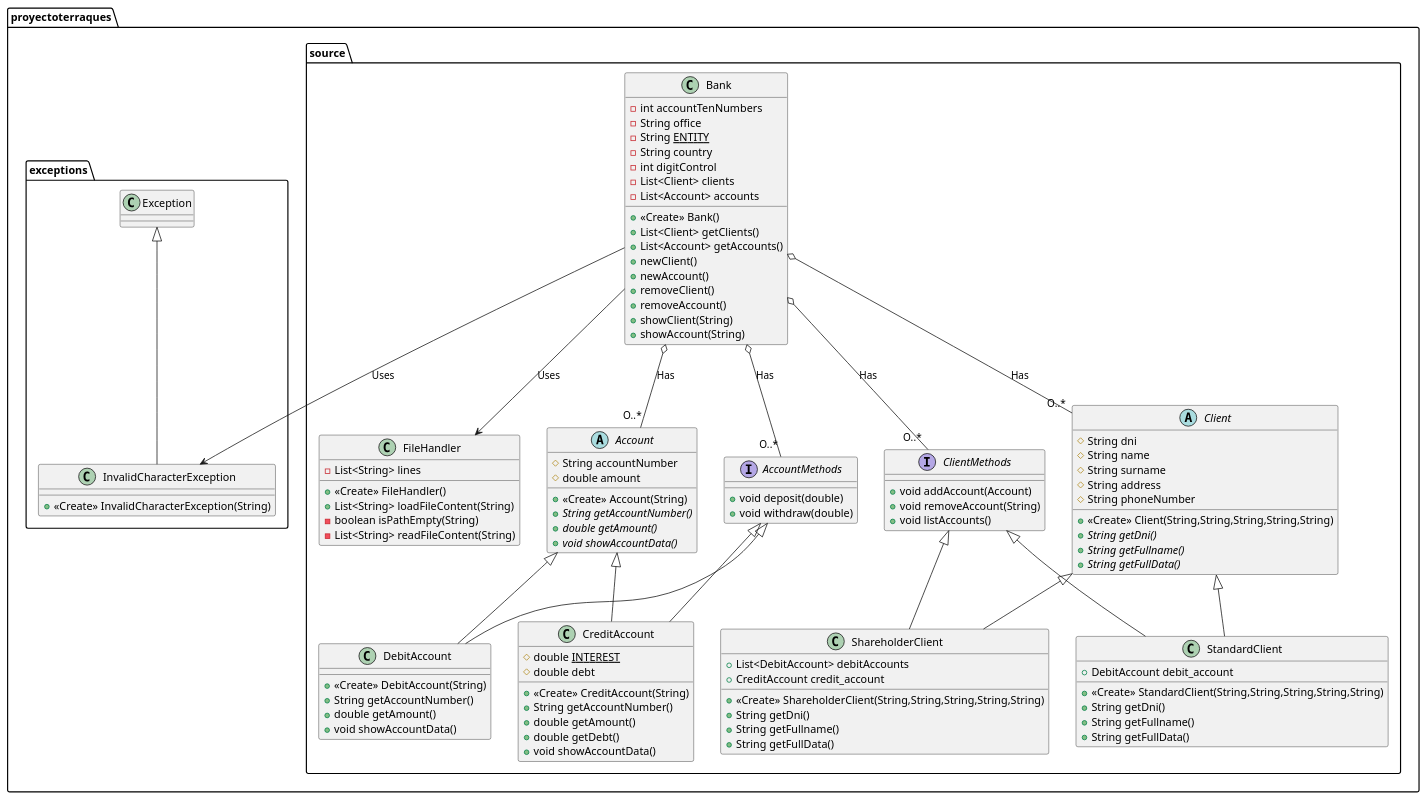
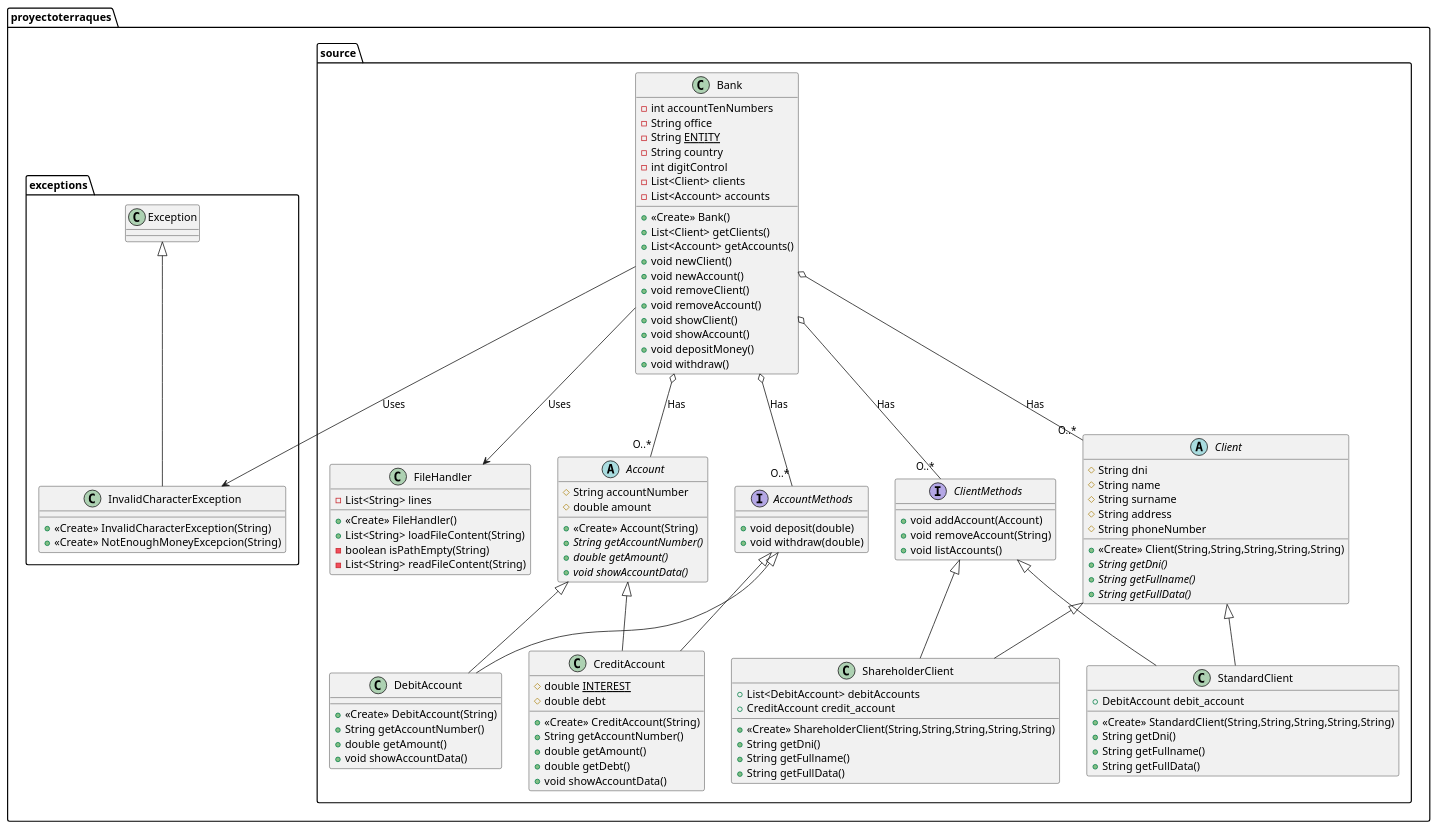
Before and after one commit to EduLostal/awesome-projects-prograii: the diagram in proyectoTerraques/src/proyectoterraques/docs/diagram.puml, drawn with PlantUML. The commit also changed 34 other files, not shown here.

Commit message:
Cambiando nombre accountMethods y clientMethods, creando excepcion notEnoughMoney

```diff
--- a/proyectoTerraques/src/proyectoterraques/docs/diagram.puml
+++ b/proyectoTerraques/src/proyectoterraques/docs/diagram.puml
@@ -1,130 +1,136 @@
 @startuml
 
 
 class proyectoterraques.source.Bank {
 - int accountTenNumbers
 - String office
 - String <u>ENTITY</u>
 - String country
 - int digitControl
 - List<Client> clients
 - List<Account> accounts
 + <<Create>> Bank()
 + List<Client> getClients()
 + List<Account> getAccounts()
-+ newClient()
-+ newAccount()
-+ removeClient()
-+ removeAccount()
-+ showClient(String)
-+ showAccount(String)
++ void newClient()
++ void newAccount()
++ void removeClient()
++ void removeAccount()
++ void showClient()
++ void showAccount()
++ void depositMoney()
++ void withdraw()
 
 }
 
 abstract class proyectoterraques.source.Client {
 # String dni
 # String name
 # String surname
 # String address
 # String phoneNumber
 + <<Create>> Client(String,String,String,String,String)
 + {abstract}String getDni()
 + {abstract}String getFullname()
 + {abstract}String getFullData()
 }
 
 class proyectoterraques.source.ShareholderClient {
 + <<Create>> ShareholderClient(String,String,String,String,String)
 + String getDni()
 + String getFullname()
 + String getFullData()
 + List<DebitAccount> debitAccounts
 + CreditAccount credit_account
 }
 
 class proyectoterraques.source.StandardClient {
 + <<Create>> StandardClient(String,String,String,String,String)
 + String getDni()
 + String getFullname()
 + String getFullData()
 + DebitAccount debit_account
 }
 
 abstract class proyectoterraques.source.Account {
 #  String accountNumber
 #  double amount
 + <<Create>> Account(String)
 + {abstract} String getAccountNumber()
 + {abstract} double getAmount()
 + {abstract} void showAccountData()
 
 }
 
 interface proyectoterraques.source.AccountMethods {
 + void deposit(double)
 + void withdraw(double)
 
 
 }
 
 interface proyectoterraques.source.ClientMethods {
 +void addAccount(Account)
 +void removeAccount(String)
 +void listAccounts()
 
 }
 
 class proyectoterraques.source.DebitAccount {
 + <<Create>> DebitAccount(String)
 + String getAccountNumber()
 + double getAmount()
 + void showAccountData()
 
 
 }
 
 class proyectoterraques.source.CreditAccount {
 # double <u>INTEREST</u>
 # double debt
 + <<Create>> CreditAccount(String)
 + String getAccountNumber()
 + double getAmount()
 + double getDebt()
 + void showAccountData()
 
 
 }
 
 class proyectoterraques.source.FileHandler {
 - List<String> lines
 + <<Create>> FileHandler()
 + List<String> loadFileContent(String)
 - boolean isPathEmpty(String)
 - List<String> readFileContent(String)
 }
 
 class proyectoterraques.exceptions.Exception{
 
 }
 
+
+
 class proyectoterraques.exceptions.InvalidCharacterException{
 + <<Create>> InvalidCharacterException(String)
++ <<Create>> NotEnoughMoneyExcepcion(String)
+
 
 }
 
 proyectoterraques.source.Bank o-- "O..*" proyectoterraques.source.Account : Has
 proyectoterraques.source.Bank o-- "O..*" proyectoterraques.source.Client : Has
 proyectoterraques.source.Bank o-- "O..*" proyectoterraques.source.AccountMethods : Has
 proyectoterraques.source.Bank o-- "O..*" proyectoterraques.source.ClientMethods : Has
 proyectoterraques.source.Client <|-- proyectoterraques.source.ShareholderClient
 proyectoterraques.source.ClientMethods <|-- proyectoterraques.source.ShareholderClient
 proyectoterraques.source.Account <|-- proyectoterraques.source.DebitAccount
 proyectoterraques.source.AccountMethods <|-- proyectoterraques.source.DebitAccount
 proyectoterraques.source.Client <|-- proyectoterraques.source.StandardClient
 proyectoterraques.source.ClientMethods <|-- proyectoterraques.source.StandardClient
 proyectoterraques.source.Account <|-- proyectoterraques.source.CreditAccount
 proyectoterraques.source.AccountMethods <|-- proyectoterraques.source.CreditAccount
 proyectoterraques.source.Bank --> proyectoterraques.source.FileHandler : Uses
 proyectoterraques.source.Bank --> proyectoterraques.exceptions.InvalidCharacterException : Uses
 proyectoterraques.exceptions.Exception <|-- proyectoterraques.exceptions.InvalidCharacterException
 @enduml
```
